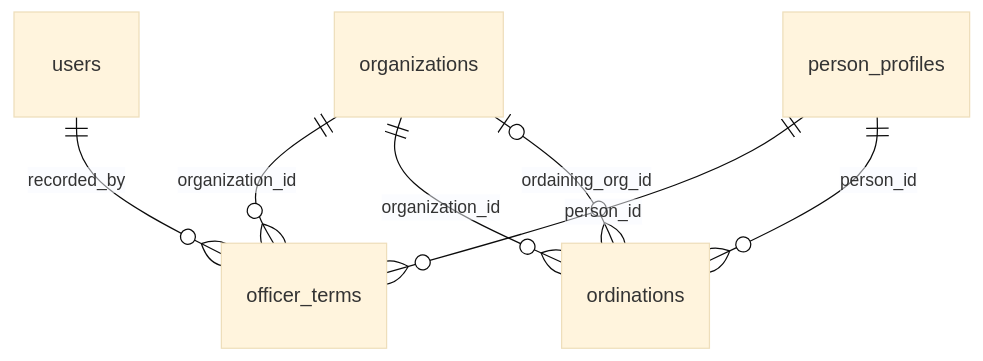
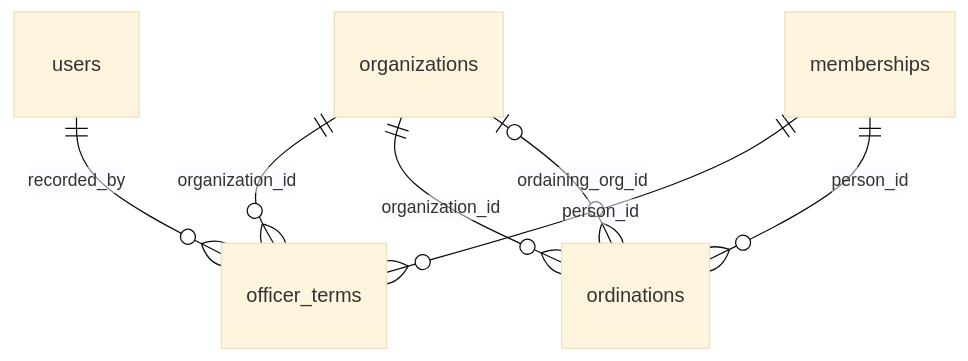
The fifth of 9 diagrams in docs/schema-design.md (chenson42/presby), drawn with Mermaid (base theme) before and after one commit. The commit also changed other lines of this file and 13 other files, not shown here.

First line of the commit message:
refactor(schema): link person data directly to people, add memberships

````diff
--- a/docs/schema-design.md
+++ b/docs/schema-design.md
@@ -172,9 +168,9 @@
 ```mermaid
 erDiagram
   organizations ||--o{ officer_terms : "organization_id"
   users ||--o{ officer_terms : "recorded_by"
-  person_profiles ||--o{ officer_terms : "person_id"
+  memberships ||--o{ officer_terms : "person_id"
   organizations ||--o{ ordinations : "organization_id"
   organizations |o--o{ ordinations : "ordaining_org_id"
-  person_profiles ||--o{ ordinations : "person_id"
+  memberships ||--o{ ordinations : "person_id"
 ```
````
